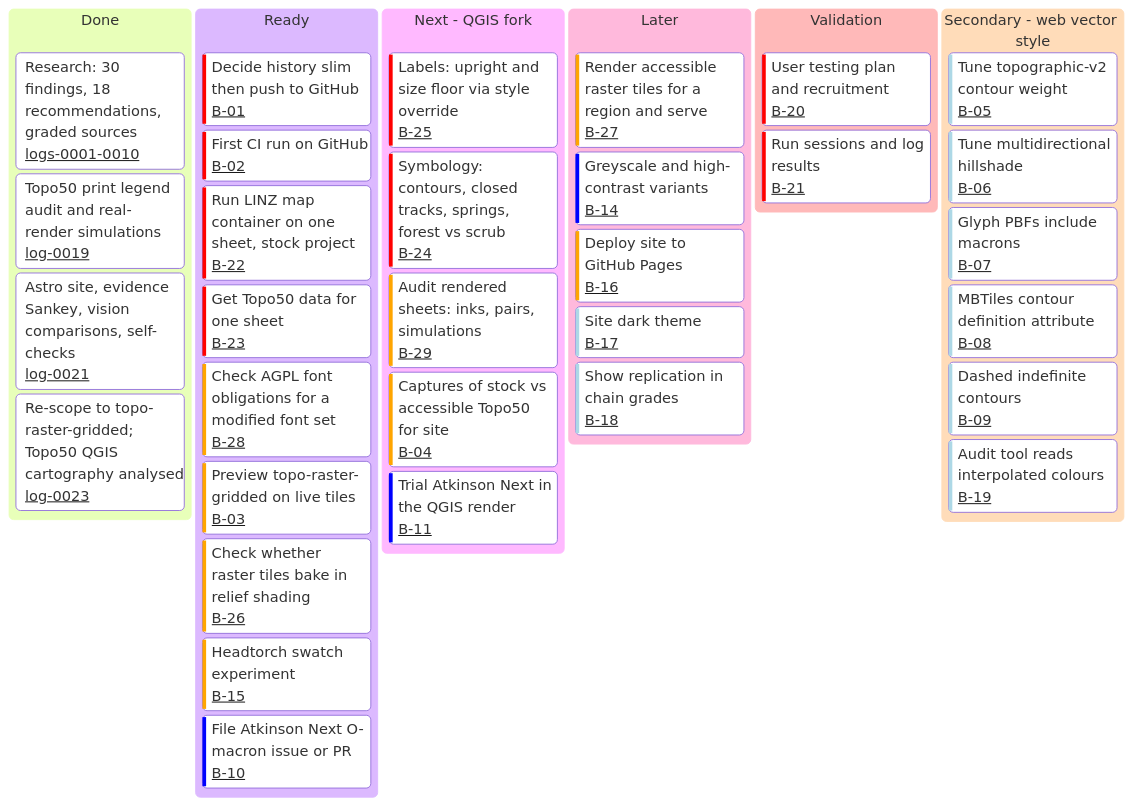
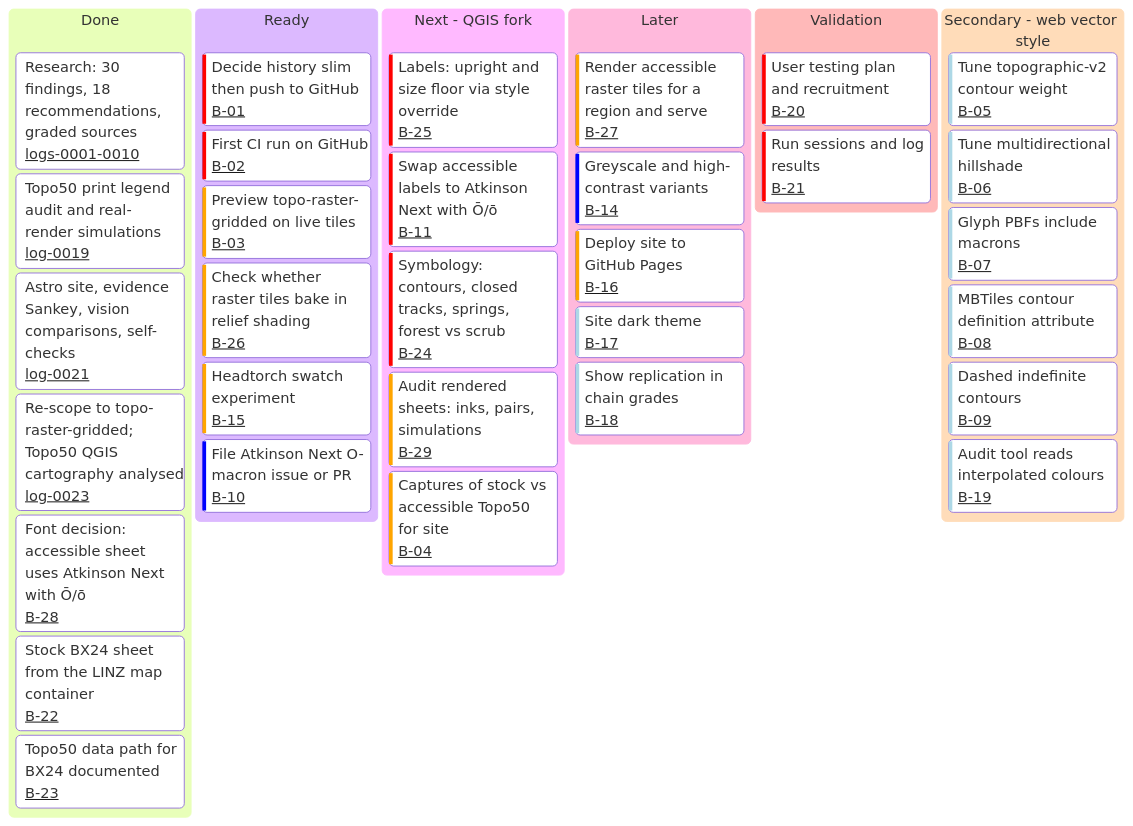
The diagram in BACKLOG.md (joshmcarthur/nz-accessible-topo), drawn with Mermaid before and after one commit. The commit also changed other lines of this file and 47 other files, not shown here.

````diff
--- a/BACKLOG.md
+++ b/BACKLOG.md
@@ -10,45 +25,45 @@
 ```mermaid
 ---
 config:
   kanban:
     ticketBaseUrl: '#'
 ---
 kanban
   done[Done]
     d1[Research: 30 findings, 18 recommendations, graded sources]@{ ticket: logs-0001-0010 }
     d2[Topo50 print legend audit and real-render simulations]@{ ticket: log-0019 }
     d3[Astro site, evidence Sankey, vision comparisons, self-checks]@{ ticket: log-0021 }
     d4[Re-scope to topo-raster-gridded; Topo50 QGIS cartography analysed]@{ ticket: log-0023 }
+    d5[Font decision: accessible sheet uses Atkinson Next with Ō/ō]@{ ticket: B-28 }
+    d6[Stock BX24 sheet from the LINZ map container]@{ ticket: B-22 }
+    d7[Topo50 data path for BX24 documented]@{ ticket: B-23 }
   ready[Ready]
     b01[Decide history slim then push to GitHub]@{ ticket: B-01, priority: 'Very High' }
     b02[First CI run on GitHub]@{ ticket: B-02, priority: 'Very High' }
-    b22[Run LINZ map container on one sheet, stock project]@{ ticket: B-22, priority: 'Very High' }
-    b23[Get Topo50 data for one sheet]@{ ticket: B-23, priority: 'Very High' }
-    b28[Check AGPL font obligations for a modified font set]@{ ticket: B-28, priority: 'High' }
     b03[Preview topo-raster-gridded on live tiles]@{ ticket: B-03, priority: 'High' }
     b26[Check whether raster tiles bake in relief shading]@{ ticket: B-26, priority: 'High' }
     b15[Headtorch swatch experiment]@{ ticket: B-15, priority: 'High' }
     b10[File Atkinson Next O-macron issue or PR]@{ ticket: B-10, priority: 'Low' }
   next[Next - QGIS fork]
     b25[Labels: upright and size floor via style override]@{ ticket: B-25, priority: 'Very High' }
+    b11[Swap accessible labels to Atkinson Next with Ō/ō]@{ ticket: B-11, priority: 'Very High' }
     b24[Symbology: contours, closed tracks, springs, forest vs scrub]@{ ticket: B-24, priority: 'Very High' }
     b29[Audit rendered sheets: inks, pairs, simulations]@{ ticket: B-29, priority: 'High' }
     b04[Captures of stock vs accessible Topo50 for site]@{ ticket: B-04, priority: 'High' }
-    b11[Trial Atkinson Next in the QGIS render]@{ ticket: B-11, priority: 'Low' }
   later[Later]
     b27[Render accessible raster tiles for a region and serve]@{ ticket: B-27, priority: 'High' }
     b14[Greyscale and high-contrast variants]@{ ticket: B-14, priority: 'Low' }
     b16[Deploy site to GitHub Pages]@{ ticket: B-16, priority: 'High' }
     b17[Site dark theme]@{ ticket: B-17, priority: 'Very Low' }
     b18[Show replication in chain grades]@{ ticket: B-18, priority: 'Very Low' }
   validate[Validation]
     b20[User testing plan and recruitment]@{ ticket: B-20, priority: 'Very High' }
     b21[Run sessions and log results]@{ ticket: B-21, priority: 'Very High' }
   secondary[Secondary - web vector style]
     b05[Tune topographic-v2 contour weight]@{ ticket: B-05, priority: 'Very Low' }
     b06[Tune multidirectional hillshade]@{ ticket: B-06, priority: 'Very Low' }
     b07[Glyph PBFs include macrons]@{ ticket: B-07, priority: 'Very Low' }
     b08[MBTiles contour definition attribute]@{ ticket: B-08, priority: 'Very Low' }
     b09[Dashed indefinite contours]@{ ticket: B-09, priority: 'Very Low' }
     b19[Audit tool reads interpolated colours]@{ ticket: B-19, priority: 'Very Low' }
 ```
````
